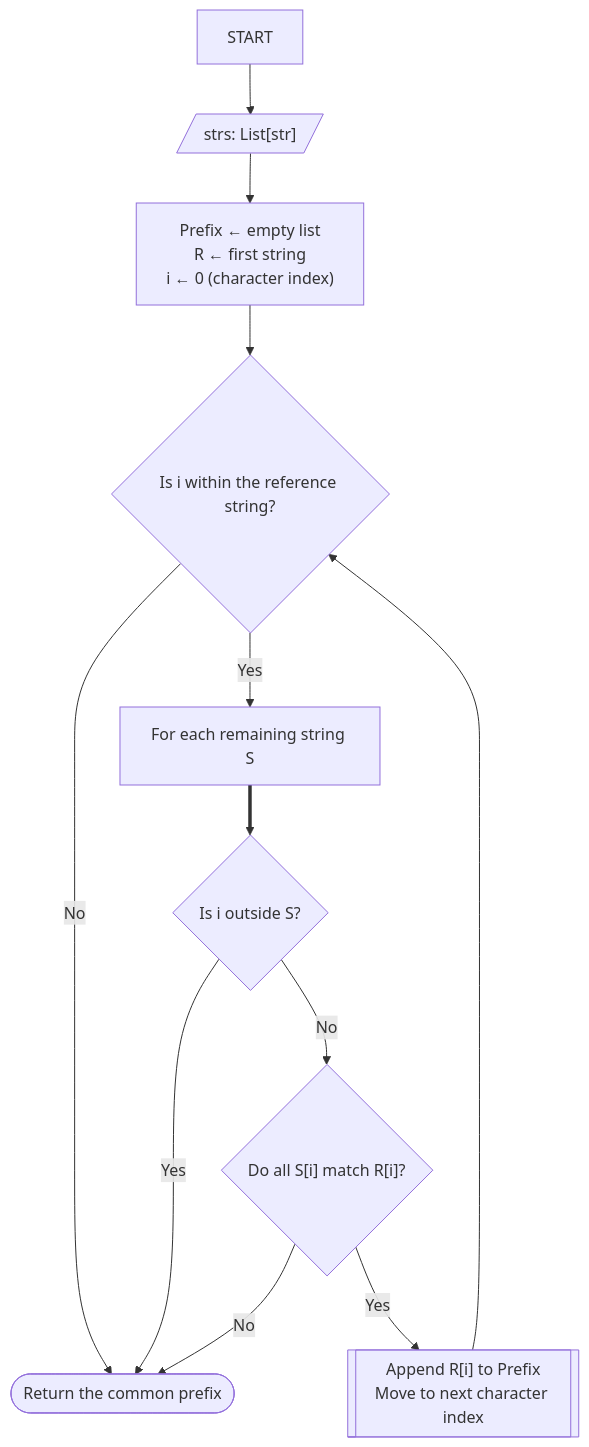
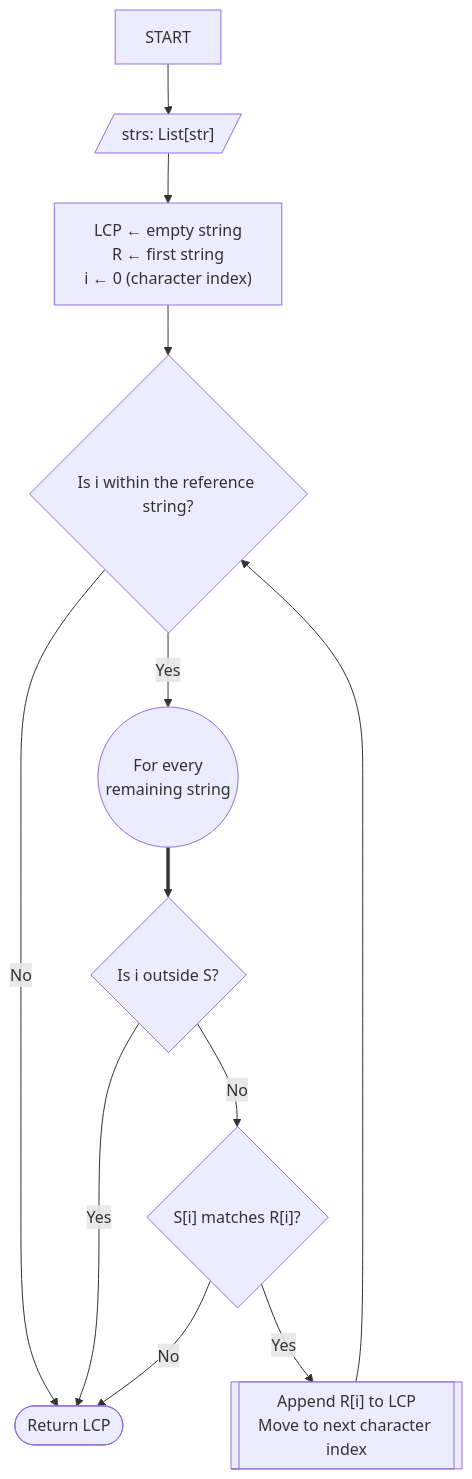
One commit to kiskaadee/backend-residency changed the first of 4 diagrams in practice/LeetCode/longest-common-prefix.md. Above: the diagram before and after it, drawn with Mermaid. The commit also changed other lines of this file and 1 other file, not shown here.

Commit message:
docs(leetcode): complete longest common prefix guide and implementations

````diff
--- a/practice/LeetCode/longest-common-prefix.md
+++ b/practice/LeetCode/longest-common-prefix.md
@@ -51,41 +44,42 @@
 ```mermaid
 flowchart TD
 
     START --> Inputs[/"strs: List[str]"/]
     Inputs --> INIT
     INIT["
-Prefix ← empty list
+LCP ← empty string
 R ← first string
 i ← 0 (character index)
     "] --> RefRange{"
 Is i within the reference string?
     "}
     
     
-    RefRange -- Yes --> ForEachStr["
-For each remaining string S
-    "]
+    RefRange -- Yes --> ForEachStr(("
+		For every 
+		remaining string
+    "))
     
     RefRange -- No --> END([ 
-Return the common prefix
+Return LCP
 ])
     ForEachStr ==> OutsideS{"
 Is i outside S?
     "}
     
     OutsideS -- Yes --> END
 
     OutsideS -- No --> CharMatch{"
-Do all S[i] match R[i]?
+S[i] matches R[i]?
 "}
     
     
     CharMatch -- No --> END
     CharMatch -- Yes --> NextChar[["
-Append R[i] to Prefix
+Append R[i] to LCP
 Move to next character index
     "]]
 
     NextChar --> RefRange
 
 ```
````
